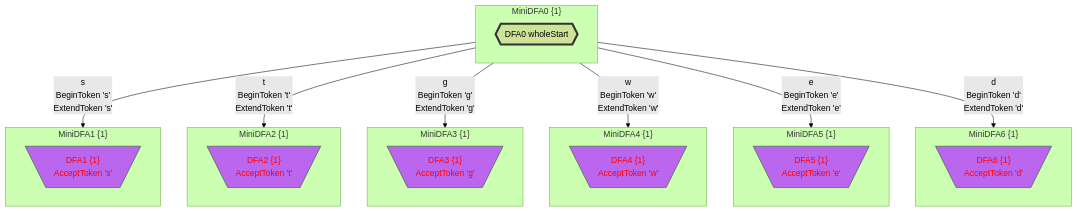
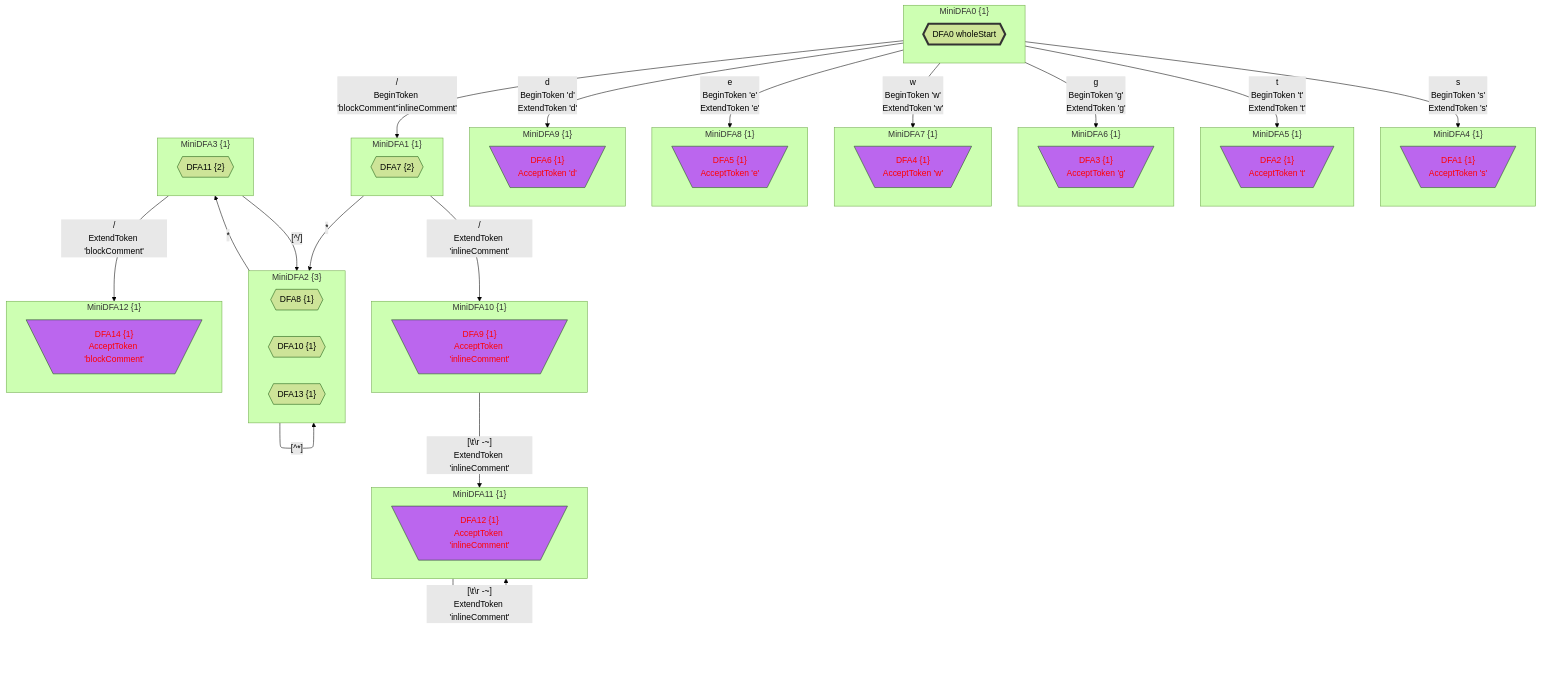
Before and after one commit to bitzhuwei/GrammarMentor: the diagram in Practices/Practice.GeneratedXxxFormat.Test/GeneratedSES/doc/LexicalStates.5.miniDFA.gen.mmd, drawn with Mermaid (forest theme). The commit also changed 3868 other files, not shown here.

```diff
--- a/Practices/Practice.GeneratedXxxFormat.Test/GeneratedSES/doc/LexicalStates.5.miniDFA.gen.mmd
+++ b/Practices/Practice.GeneratedXxxFormat.Test/GeneratedSES/doc/LexicalStates.5.miniDFA.gen.mmd
@@ -1,75 +1,118 @@
 flowchart
 classDef c0001 color:#FF0000;
 classDef c0010 stroke-dasharray: 10 10;
 classDef c0011 stroke-dasharray: 10 10,color:#FF0000;
 classDef c0100 fill:#BB66EE;
 classDef c0101 fill:#BB66EE,color:#FF0000;
 classDef c0110 fill:#BB66EE,stroke-dasharray: 10 10;
 classDef c0111 fill:#BB66EE,stroke-dasharray: 10 10,color:#FF0000;
 classDef c1000 stroke:#333,stroke-width:4px;
 classDef c1001 stroke:#333,stroke-width:4px,color:#FF0000;
 classDef c1010 stroke:#333,stroke-width:4px,stroke-dasharray: 10 10;
 classDef c1011 stroke:#333,stroke-width:4px,stroke-dasharray: 10 10,color:#FF0000;
 classDef c1100 stroke:#333,stroke-width:4px,fill:#BB66EE;
 classDef c1101 stroke:#333,stroke-width:4px,fill:#BB66EE,color:#FF0000;
 classDef c1110 stroke:#333,stroke-width:4px,fill:#BB66EE,stroke-dasharray: 10 10;
 classDef c1111 stroke:#333,stroke-width:4px,fill:#BB66EE,stroke-dasharray: 10 10,color:#FF0000;
-subgraph MiniDFA0_585917162["MiniDFA0 {1}"]
-DFA0_1716080415_0{{"DFA0 wholeStart"}}
-class DFA0_1716080415_0 c1000;
+subgraph MiniDFA0_-1374853353["MiniDFA0 {1}"]
+DFA0_-1299054439_0{{"DFA0 wholeStart"}}
+class DFA0_-1299054439_0 c1000;
 end
-class MiniDFA0_585917162 c1000;
-subgraph MiniDFA1_-240199859["MiniDFA1 {1}"]
-DFA1_-240143629_1[\"DFA1 {1}
+class MiniDFA0_-1374853353 c1000;
+subgraph MiniDFA4_-2079138749["MiniDFA4 {1}"]
+DFA1_1055845689_1[\"DFA1 {1}
 AcceptToken 's'"/]
-class DFA1_-240143629_1 c0101;
+class DFA1_1055845689_1 c0101;
 end
-class MiniDFA1_-240199859 c0101;
-subgraph MiniDFA2_1028159909["MiniDFA2 {1}"]
-DFA2_301028278_2[\"DFA2 {1}
+class MiniDFA4_-2079138749 c0101;
+subgraph MiniDFA5_-457621818["MiniDFA5 {1}"]
+DFA2_-1917490574_2[\"DFA2 {1}
 AcceptToken 't'"/]
-class DFA2_301028278_2 c0101;
+class DFA2_-1917490574_2 c0101;
 end
-class MiniDFA2_1028159909 c0101;
-subgraph MiniDFA3_566924018["MiniDFA3 {1}"]
-DFA3_-386939718_3[\"DFA3 {1}
+class MiniDFA5_-457621818 c0101;
+subgraph MiniDFA6_511684543["MiniDFA6 {1}"]
+DFA3_-701376295_3[\"DFA3 {1}
 AcceptToken 'g'"/]
-class DFA3_-386939718_3 c0101;
+class DFA3_-701376295_3 c0101;
 end
-class MiniDFA3_566924018 c0101;
-subgraph MiniDFA4_1609187585["MiniDFA4 {1}"]
-DFA4_-1306490502_4[\"DFA4 {1}
+class MiniDFA6_511684543 c0101;
+subgraph MiniDFA7_-1236270071["MiniDFA7 {1}"]
+DFA4_-681318700_4[\"DFA4 {1}
 AcceptToken 'w'"/]
-class DFA4_-1306490502_4 c0101;
+class DFA4_-681318700_4 c0101;
 end
-class MiniDFA4_1609187585 c0101;
-subgraph MiniDFA5_1522998107["MiniDFA5 {1}"]
-DFA5_-1787280378_5[\"DFA5 {1}
+class MiniDFA7_-1236270071 c0101;
+subgraph MiniDFA8_-1428199615["MiniDFA8 {1}"]
+DFA5_2051529573_5[\"DFA5 {1}
 AcceptToken 'e'"/]
-class DFA5_-1787280378_5 c0101;
+class DFA5_2051529573_5 c0101;
 end
-class MiniDFA5_1522998107 c0101;
-subgraph MiniDFA6_1977924070["MiniDFA6 {1}"]
-DFA6_-1886935679_6[\"DFA6 {1}
+class MiniDFA8_-1428199615 c0101;
+subgraph MiniDFA9_-830418548["MiniDFA9 {1}"]
+DFA6_-1169595839_6[\"DFA6 {1}
 AcceptToken 'd'"/]
-class DFA6_-1886935679_6 c0101;
+class DFA6_-1169595839_6 c0101;
 end
-class MiniDFA6_1977924070 c0101;
-MiniDFA0_585917162 -->|"s
+class MiniDFA9_-830418548 c0101;
+subgraph MiniDFA1_-1434017908["MiniDFA1 {1}"]
+DFA7_-670766500_7{{"DFA7 {2}"}}
+end
+subgraph MiniDFA2_1078136426["MiniDFA2 {3}"]
+DFA8_1306797959_8{{"DFA8 {1}"}}
+DFA10_-167006945_9{{"DFA10 {1}"}}
+DFA13_-1208762609_10{{"DFA13 {1}"}}
+end
+subgraph MiniDFA10_1509238363["MiniDFA10 {1}"]
+DFA9_-1957368769_11[\"DFA9 {1}
+AcceptToken 'inlineComment'"/]
+class DFA9_-1957368769_11 c0101;
+end
+class MiniDFA10_1509238363 c0101;
+subgraph MiniDFA3_-1680542343["MiniDFA3 {1}"]
+DFA11_1657803936_12{{"DFA11 {2}"}}
+end
+subgraph MiniDFA11_-808404463["MiniDFA11 {1}"]
+DFA12_1950027080_13[\"DFA12 {1}
+AcceptToken 'inlineComment'"/]
+class DFA12_1950027080_13 c0101;
+end
+class MiniDFA11_-808404463 c0101;
+subgraph MiniDFA12_-421454105["MiniDFA12 {1}"]
+DFA14_-560072739_14[\"DFA14 {1}
+AcceptToken 'blockComment'"/]
+class DFA14_-560072739_14 c0101;
+end
+class MiniDFA12_-421454105 c0101;
+MiniDFA0_-1374853353 -->|"s
 BeginToken 's'
-ExtendToken 's'"|MiniDFA1_-240199859
-MiniDFA0_585917162 -->|"t
+ExtendToken 's'"|MiniDFA4_-2079138749
+MiniDFA0_-1374853353 -->|"t
 BeginToken 't'
-ExtendToken 't'"|MiniDFA2_1028159909
-MiniDFA0_585917162 -->|"g
+ExtendToken 't'"|MiniDFA5_-457621818
+MiniDFA0_-1374853353 -->|"g
 BeginToken 'g'
-ExtendToken 'g'"|MiniDFA3_566924018
-MiniDFA0_585917162 -->|"w
+ExtendToken 'g'"|MiniDFA6_511684543
+MiniDFA0_-1374853353 -->|"w
 BeginToken 'w'
-ExtendToken 'w'"|MiniDFA4_1609187585
-MiniDFA0_585917162 -->|"e
+ExtendToken 'w'"|MiniDFA7_-1236270071
+MiniDFA0_-1374853353 -->|"e
 BeginToken 'e'
-ExtendToken 'e'"|MiniDFA5_1522998107
-MiniDFA0_585917162 -->|"d
+ExtendToken 'e'"|MiniDFA8_-1428199615
+MiniDFA0_-1374853353 -->|"d
 BeginToken 'd'
-ExtendToken 'd'"|MiniDFA6_1977924070
+ExtendToken 'd'"|MiniDFA9_-830418548
+MiniDFA0_-1374853353 -->|"/
+BeginToken 'blockComment''inlineComment'"|MiniDFA1_-1434017908
+MiniDFA1_-1434017908 -->|"*"|MiniDFA2_1078136426
+MiniDFA1_-1434017908 -->|"/
+ExtendToken 'inlineComment'"|MiniDFA10_1509238363
+MiniDFA2_1078136426 -->|"[^*]"|MiniDFA2_1078136426
+MiniDFA2_1078136426 -->|"*"|MiniDFA3_-1680542343
+MiniDFA10_1509238363 -->|"[#92;t#92;r#32;-~]
+ExtendToken 'inlineComment'"|MiniDFA11_-808404463
+MiniDFA3_-1680542343 -->|"[^/]"|MiniDFA2_1078136426
+MiniDFA3_-1680542343 -->|"/
+ExtendToken 'blockComment'"|MiniDFA12_-421454105
+MiniDFA11_-808404463 -->|"[#92;t#92;r#32;-~]
+ExtendToken 'inlineComment'"|MiniDFA11_-808404463
```
